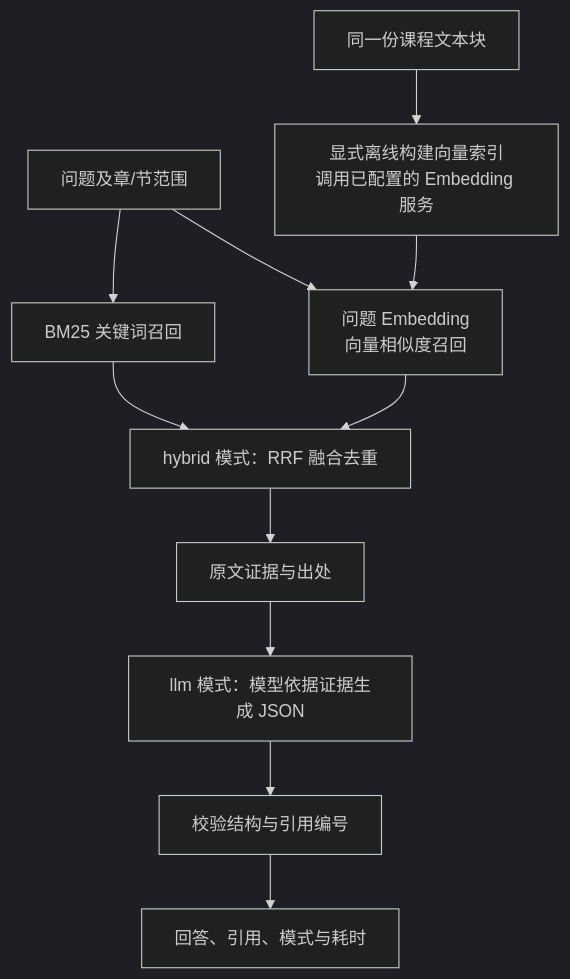
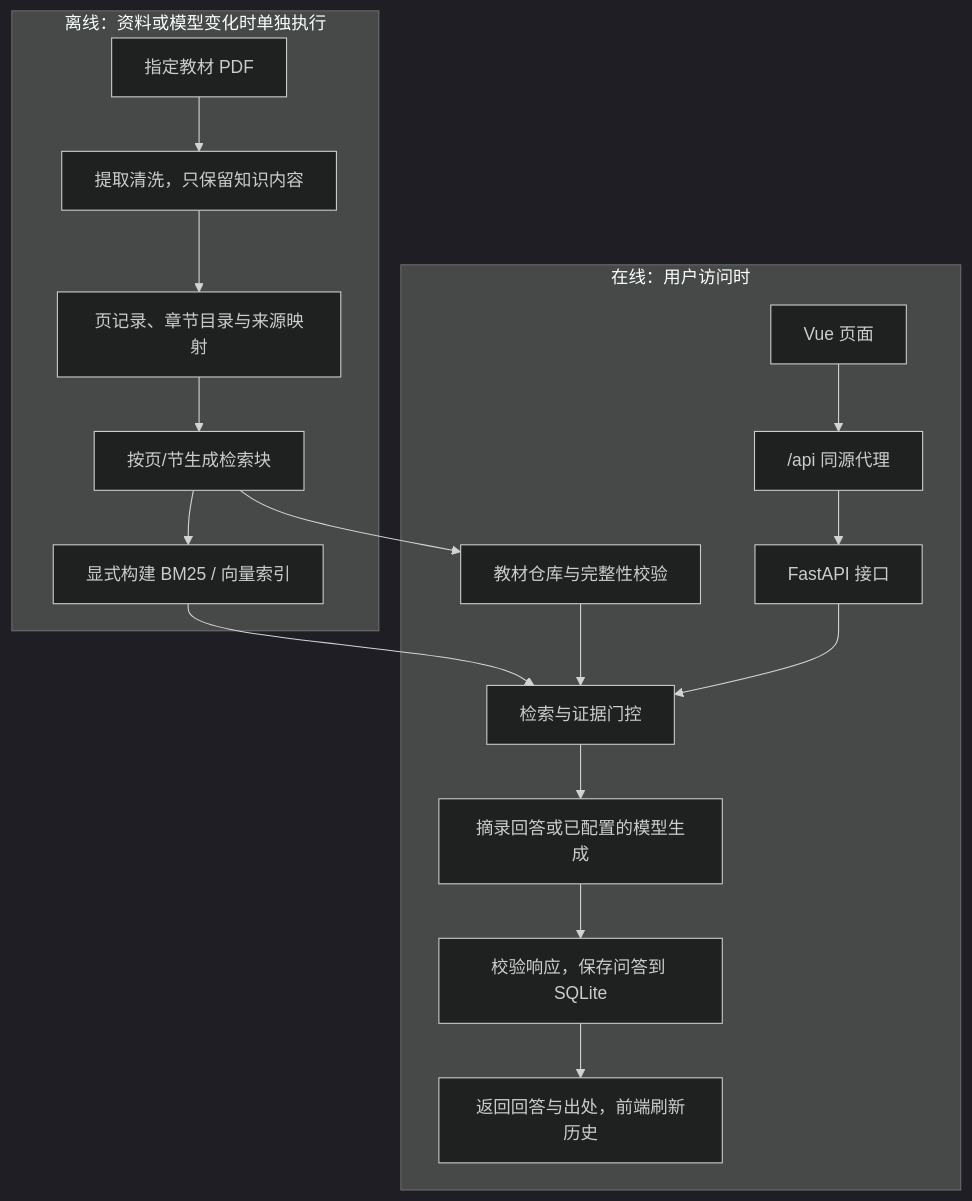
The diagram in docs/project-runtime-flow.md (xie-good/hybrid-learning-agent), drawn with Mermaid (dark theme) before and after one commit. The commit also changed other lines of this file and 64 other files, not shown here.

````diff
--- a/docs/project-runtime-flow.md
+++ b/docs/project-runtime-flow.md
@@ -46,13 +20,20 @@
 ```mermaid
 flowchart TB
-    D["同一份课程文本块"] --> IX["显式离线构建向量索引<br/>调用已配置的 Embedding 服务"]
-    Q["问题及章/节范围"] --> BM["BM25 关键词召回"]
-    Q --> V["问题 Embedding<br/>向量相似度召回"]
-    IX --> V
-    BM --> F["hybrid 模式：RRF 融合去重"]
-    V --> F
-    F --> E["原文证据与出处"]
-    E --> M["llm 模式：模型依据证据生成 JSON"]
-    M --> C["校验结构与引用编号"]
-    C --> R["回答、引用、模式与耗时"]
+    subgraph Offline["离线：资料或模型变化时单独执行"]
+        PDF["指定教材 PDF"] --> Clean["提取清洗，只保留知识内容"]
+        Clean --> Pages["页记录、章节目录与来源映射"]
+        Pages --> Chunks["按页/节生成检索块"]
+        Chunks --> Index["显式构建 BM25 / 向量索引"]
+    end
+    subgraph Online["在线：用户访问时"]
+        Vue["Vue 页面"] --> Proxy["/api 同源代理"]
+        Proxy --> API["FastAPI 接口"]
+        Chunks --> Corpus["教材仓库与完整性校验"]
+        Index --> Retrieval["检索与证据门控"]
+        Corpus --> Retrieval
+        API --> Retrieval
+        Retrieval --> Answer["摘录回答或已配置的模型生成"]
+        Answer --> History["校验响应，保存问答到 SQLite"]
+        History --> Result["返回回答与出处，前端刷新历史"]
+    end
 ```
````
